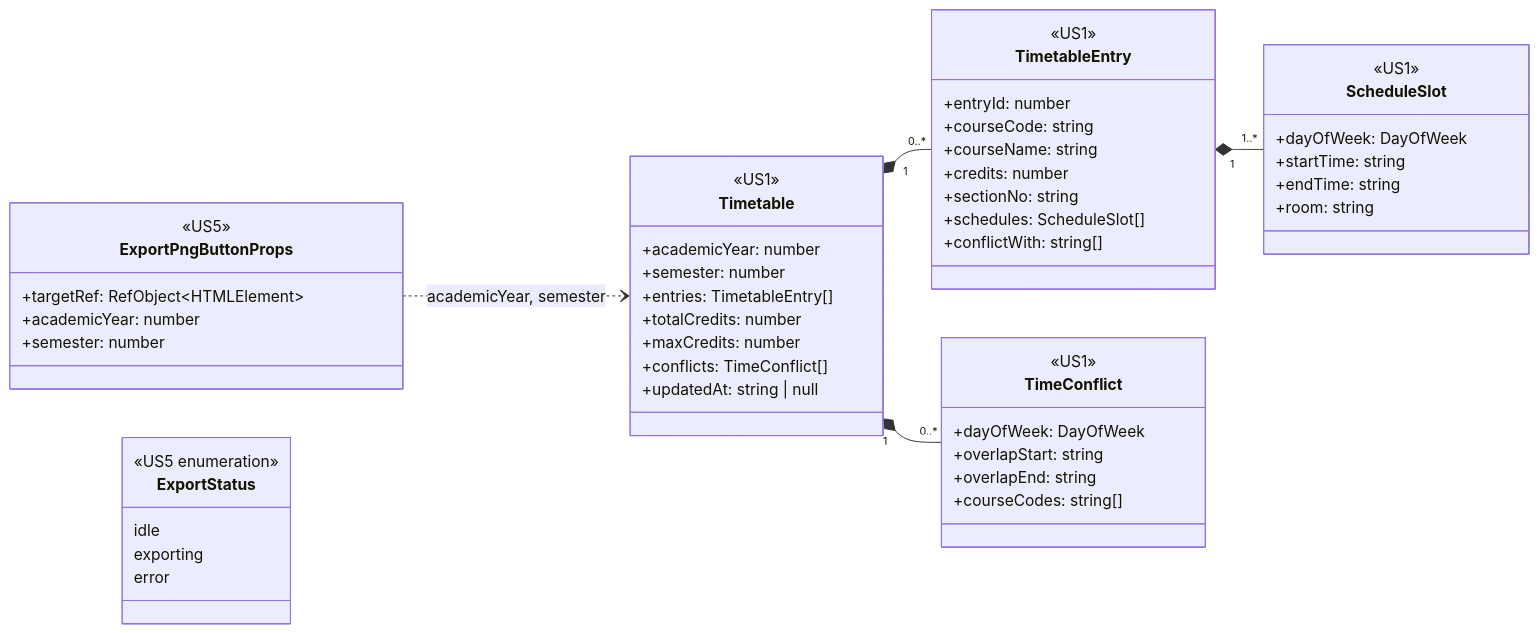
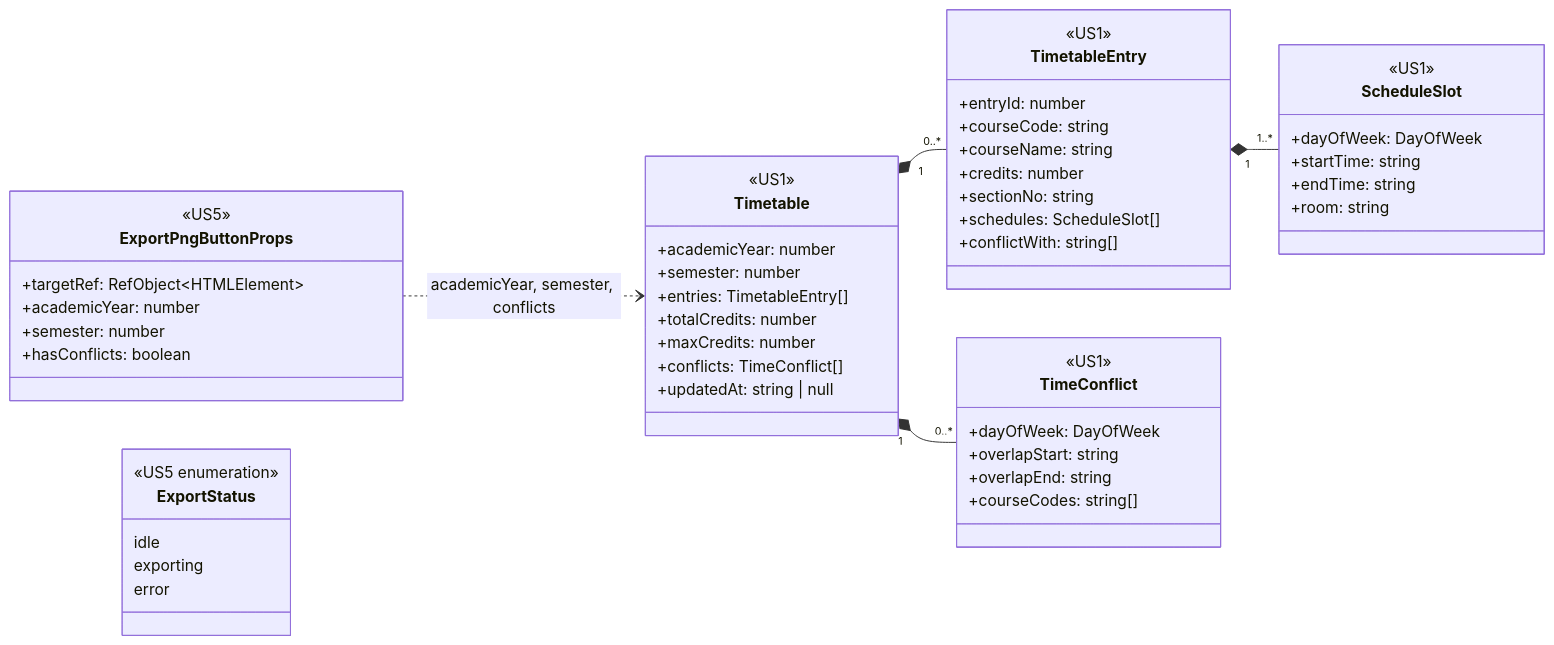
One commit to Non-Sin/CS261-G3-MockTimetableTU changed the diagram in .doc/US5/T05/US5-DTO-Class-Diagram.md. Above: the diagram before and after it, drawn with Mermaid. The commit also changed other lines of this file and 2 other files, not shown here.

````diff
--- a/.doc/US5/T05/US5-DTO-Class-Diagram.md
+++ b/.doc/US5/T05/US5-DTO-Class-Diagram.md
@@ -5,56 +5,57 @@
 ```mermaid
 classDiagram
     direction LR
 
     class Timetable {
         <<US1>>
         +academicYear: number
         +semester: number
         +entries: TimetableEntry[]
         +totalCredits: number
         +maxCredits: number
         +conflicts: TimeConflict[]
         +updatedAt: string | null
     }
     class TimetableEntry {
         <<US1>>
         +entryId: number
         +courseCode: string
         +courseName: string
         +credits: number
         +sectionNo: string
         +schedules: ScheduleSlot[]
         +conflictWith: string[]
     }
     class ScheduleSlot {
         <<US1>>
         +dayOfWeek: DayOfWeek
         +startTime: string
         +endTime: string
         +room: string
     }
     class TimeConflict {
         <<US1>>
         +dayOfWeek: DayOfWeek
         +overlapStart: string
         +overlapEnd: string
         +courseCodes: string[]
     }
     class ExportPngButtonProps {
         <<US5>>
         +targetRef: RefObject~HTMLElement~
         +academicYear: number
         +semester: number
+        +hasConflicts: boolean
     }
     class ExportStatus {
         <<US5 enumeration>>
         idle
         exporting
         error
     }
 
     Timetable "1" *-- "0..*" TimetableEntry
     Timetable "1" *-- "0..*" TimeConflict
     TimetableEntry "1" *-- "1..*" ScheduleSlot
-    ExportPngButtonProps ..> Timetable : academicYear, semester
+    ExportPngButtonProps ..> Timetable : academicYear, semester, conflicts
 ```
````
